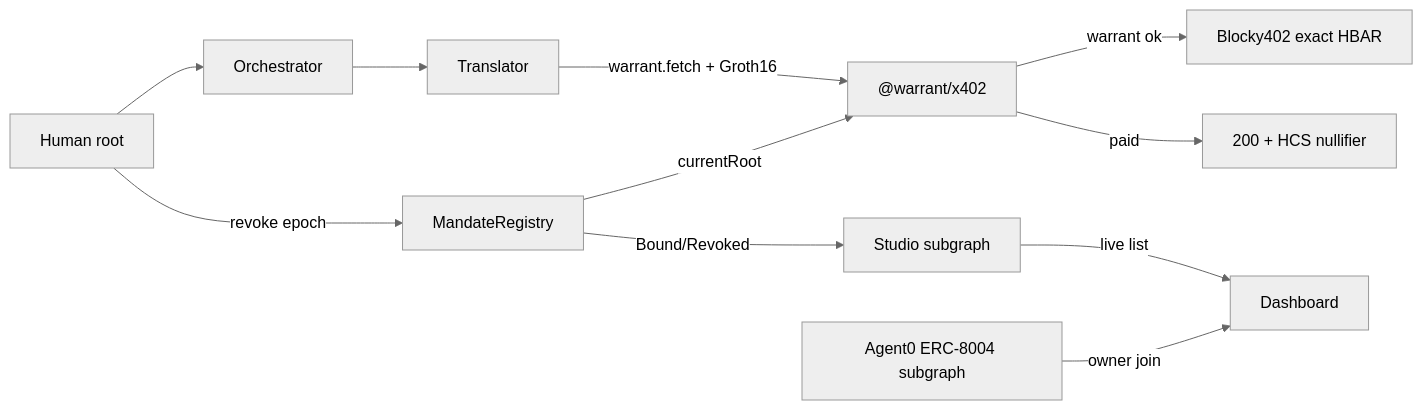
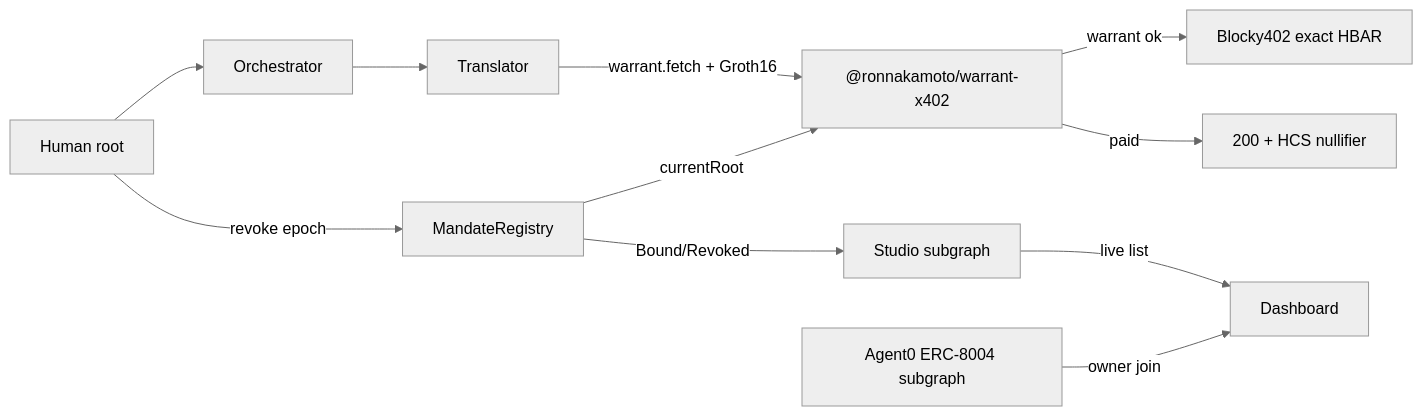
Before and after one commit to ronnakamoto/warrant: the diagram in README.md, drawn with Mermaid (neutral theme). The commit also changed other lines of this file and 52 other files, not shown here.

First line of the commit message:
feat: publish the shop kit as @ronnakamoto/warrant-core and warrant-x402

````diff
--- a/README.md
+++ b/README.md
@@ -257,13 +255,13 @@
 ```mermaid
 flowchart LR
   Human[Human root] --> Orch[Orchestrator]
   Orch --> Trans[Translator]
-  Trans -->|warrant.fetch + Groth16| X402["@warrant/x402"]
+  Trans -->|warrant.fetch + Groth16| X402["@ronnakamoto/warrant-x402"]
   X402 -->|warrant ok| Pay[Blocky402 exact HBAR]
   X402 -->|paid| OK[200 + HCS nullifier]
   Human -->|revoke epoch| Reg[MandateRegistry]
   Reg -->|currentRoot| X402
   Reg -->|Bound/Revoked| G[Studio subgraph]
   G -->|live list| Dash[Dashboard]
   A0[Agent0 ERC-8004 subgraph] -->|owner join| Dash
 ```
````
